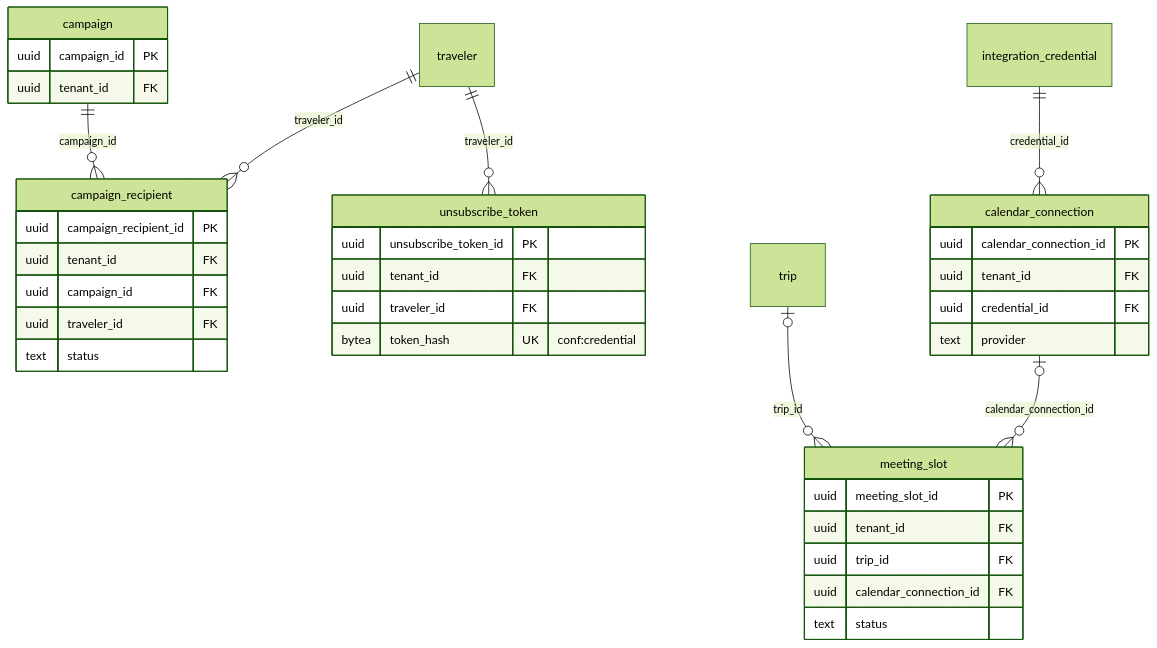
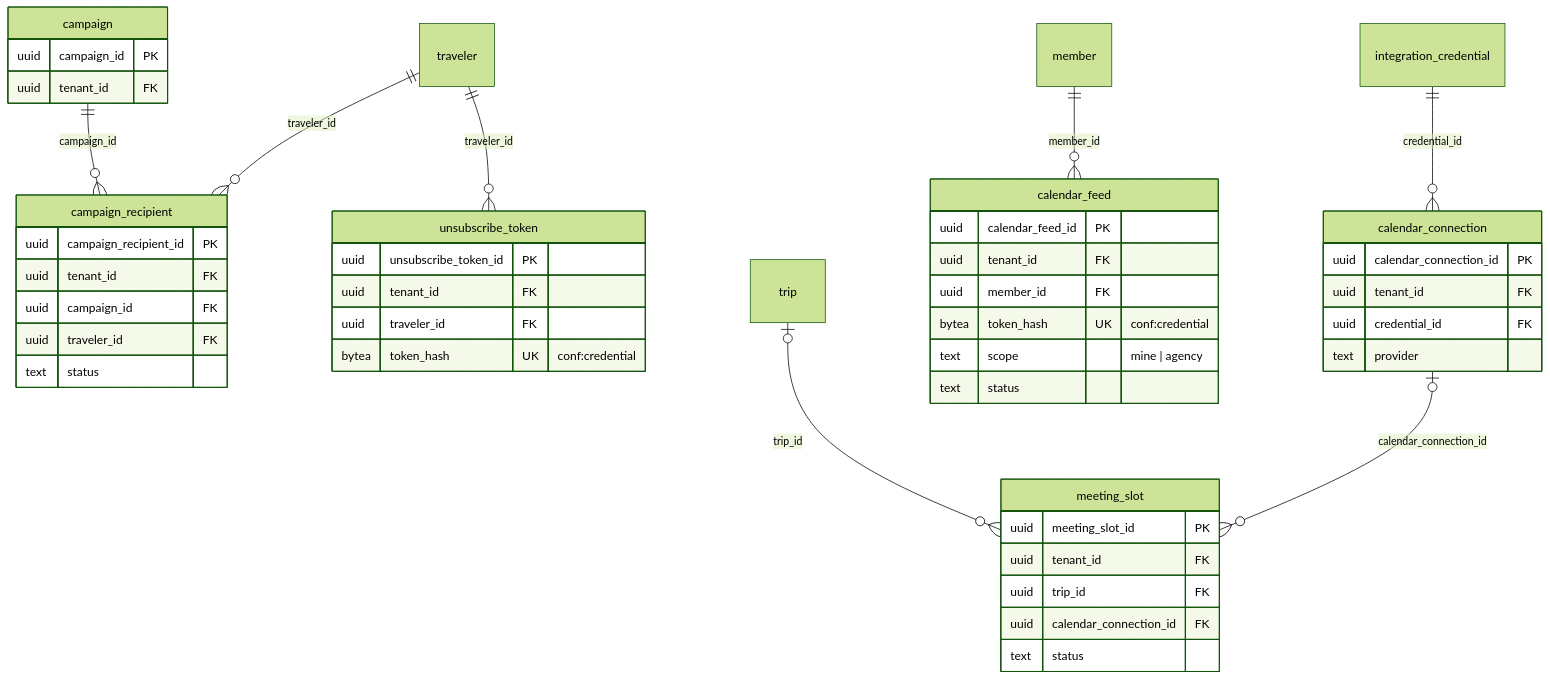
Before and after one commit to AdventureAsia365-Ecosys/AA-Ecosys: the tenth of 13 diagrams in docs/architecture/erd/design/crm.md, drawn with Mermaid (forest theme). The commit also changed other lines of this file and 1 other file, not shown here.

First line of the commit message:
docs: crm-027 incident flags and calendar feeds in the design ERD and the retention register (#385)

````diff
--- a/docs/architecture/erd/design/crm.md
+++ b/docs/architecture/erd/design/crm.md
@@ -741,39 +742,48 @@
 ```mermaid
 erDiagram
     campaign {
         uuid campaign_id PK
         uuid tenant_id FK
     }
     campaign_recipient {
         uuid campaign_recipient_id PK
         uuid tenant_id FK
         uuid campaign_id FK
         uuid traveler_id FK
         text status
     }
     unsubscribe_token {
         uuid unsubscribe_token_id PK
         uuid tenant_id FK
         uuid traveler_id FK
         bytea token_hash UK "conf:credential"
     }
     calendar_connection {
         uuid calendar_connection_id PK
         uuid tenant_id FK
         uuid credential_id FK
         text provider
     }
+    calendar_feed {
+        uuid calendar_feed_id PK
+        uuid tenant_id FK
+        uuid member_id FK
+        bytea token_hash UK "conf:credential"
+        text scope "mine | agency"
+        text status
+    }
     meeting_slot {
         uuid meeting_slot_id PK
         uuid tenant_id FK
         uuid trip_id FK
         uuid calendar_connection_id FK
         text status
     }
     campaign ||--o{ campaign_recipient : "campaign_id"
     traveler ||--o{ campaign_recipient : "traveler_id"
     traveler ||--o{ unsubscribe_token : "traveler_id"
     integration_credential ||--o{ calendar_connection : "credential_id"
     trip |o--o{ meeting_slot : "trip_id"
     calendar_connection |o--o{ meeting_slot : "calendar_connection_id"
+    member ||--o{ calendar_feed : "member_id"
 ```
````
